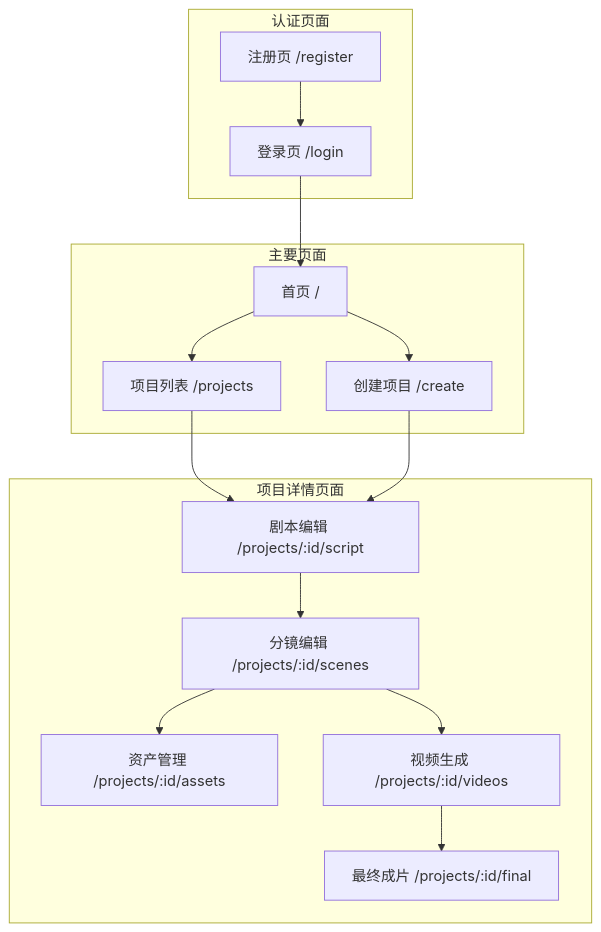
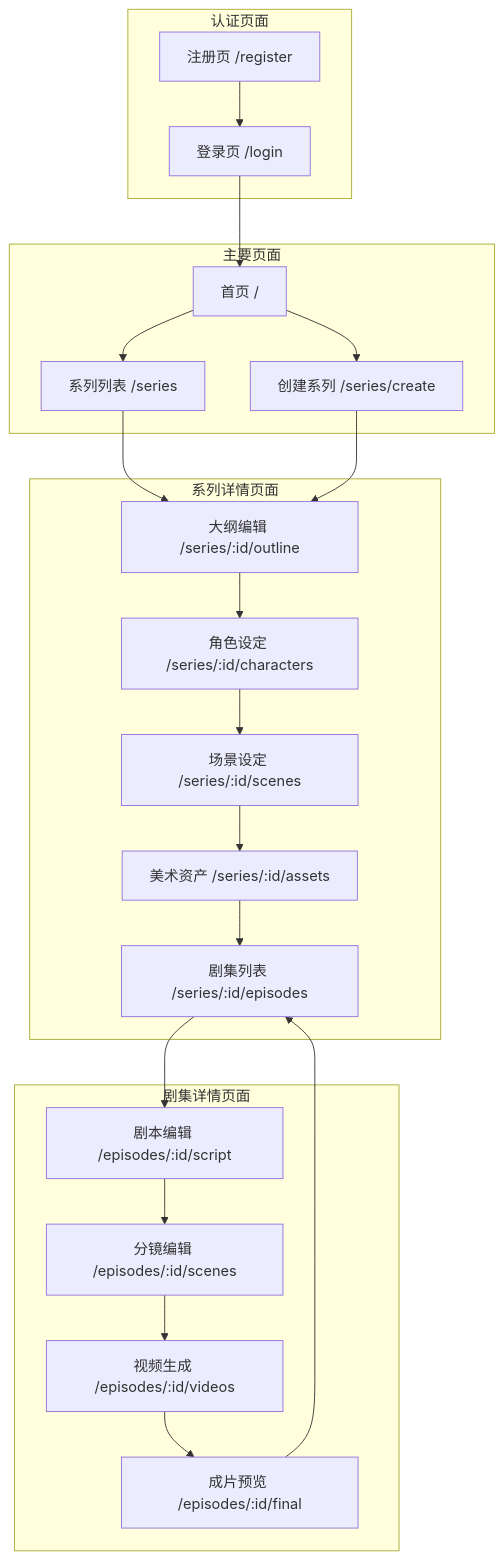
Before and after one commit to syghhhhh/AutoDrama: the fifth of 5 diagrams in architecture.md, drawn with Mermaid. The commit also changed other lines of this file and 3 other files, not shown here.

````diff
--- a/architecture.md
+++ b/architecture.md
@@ -234,33 +359,46 @@
 ```mermaid
 graph TB
     subgraph Auth["认证页面"]
         LoginPage[登录页 /login]
         RegisterPage[注册页 /register]
     end
 
     subgraph Main["主要页面"]
         HomePage[首页 /]
-        ProjectsPage[项目列表 /projects]
-        CreatePage[创建项目 /create]
+        SeriesListPage[系列列表 /series]
+        CreateSeriesPage[创建系列 /series/create]
     end
 
-    subgraph ProjectDetail["项目详情页面"]
-        ScriptPage[剧本编辑 /projects/:id/script]
-        ScenesPage[分镜编辑 /projects/:id/scenes]
-        AssetsPage[资产管理 /projects/:id/assets]
-        VideosPage[视频生成 /projects/:id/videos]
-        FinalPage[最终成片 /projects/:id/final]
+    subgraph Series["系列详情页面"]
+        OutlinePage[大纲编辑 /series/:id/outline]
+        CharactersPage[角色设定 /series/:id/characters]
+        ScenesPage[场景设定 /series/:id/scenes]
+        AssetsPage[美术资产 /series/:id/assets]
+        EpisodesPage[剧集列表 /series/:id/episodes]
     end
 
-    HomePage --> CreatePage
-    HomePage --> ProjectsPage
+    subgraph Episode["剧集详情页面"]
+        ScriptPage[剧本编辑 /episodes/:id/script]
+        EpisodeScenesPage[分镜编辑 /episodes/:id/scenes]
+        VideosPage[视频生成 /episodes/:id/videos]
+        FinalPage[成片预览 /episodes/:id/final]
+    end
+
+    HomePage --> CreateSeriesPage
+    HomePage --> SeriesListPage
     LoginPage --> HomePage
     RegisterPage --> LoginPage
-    ProjectsPage --> ScriptPage
-    CreatePage --> ScriptPage
+    SeriesListPage --> OutlinePage
+    CreateSeriesPage --> OutlinePage
 
-    ScriptPage --> ScenesPage
-    ScenesPage --> VideosPage
+    OutlinePage --> CharactersPage
+    CharactersPage --> ScenesPage
+    ScenesPage --> AssetsPage
+    AssetsPage --> EpisodesPage
+    EpisodesPage --> ScriptPage
+
+    ScriptPage --> EpisodeScenesPage
+    EpisodeScenesPage --> VideosPage
     VideosPage --> FinalPage
-    ScenesPage --> AssetsPage
+    FinalPage --> EpisodesPage
 ```
````
